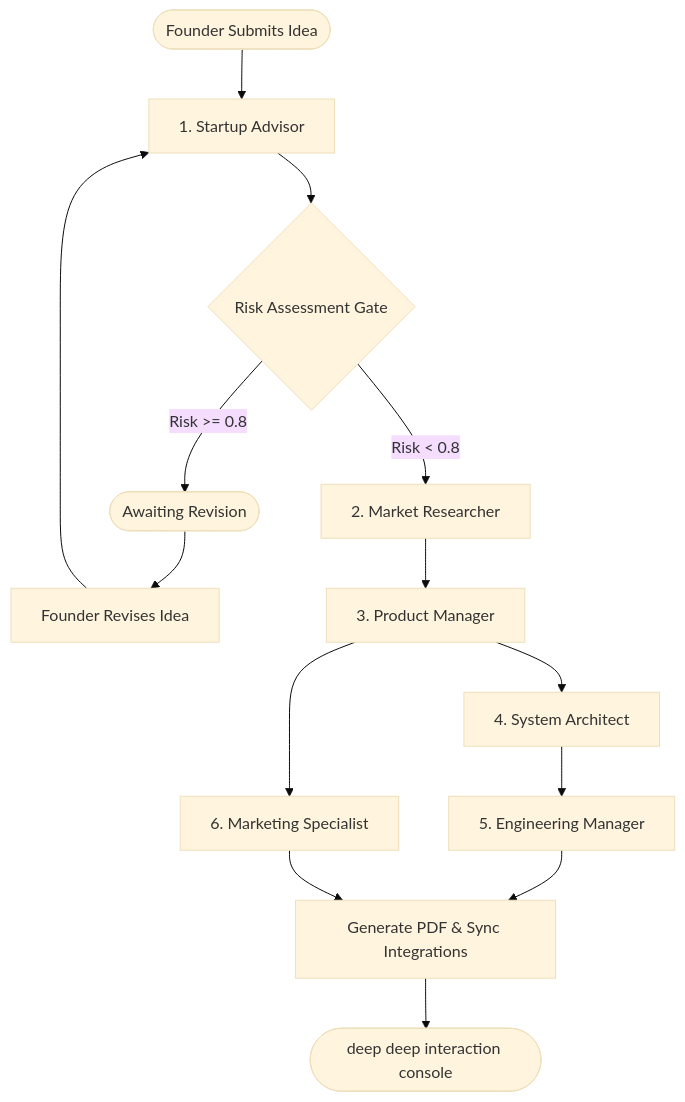
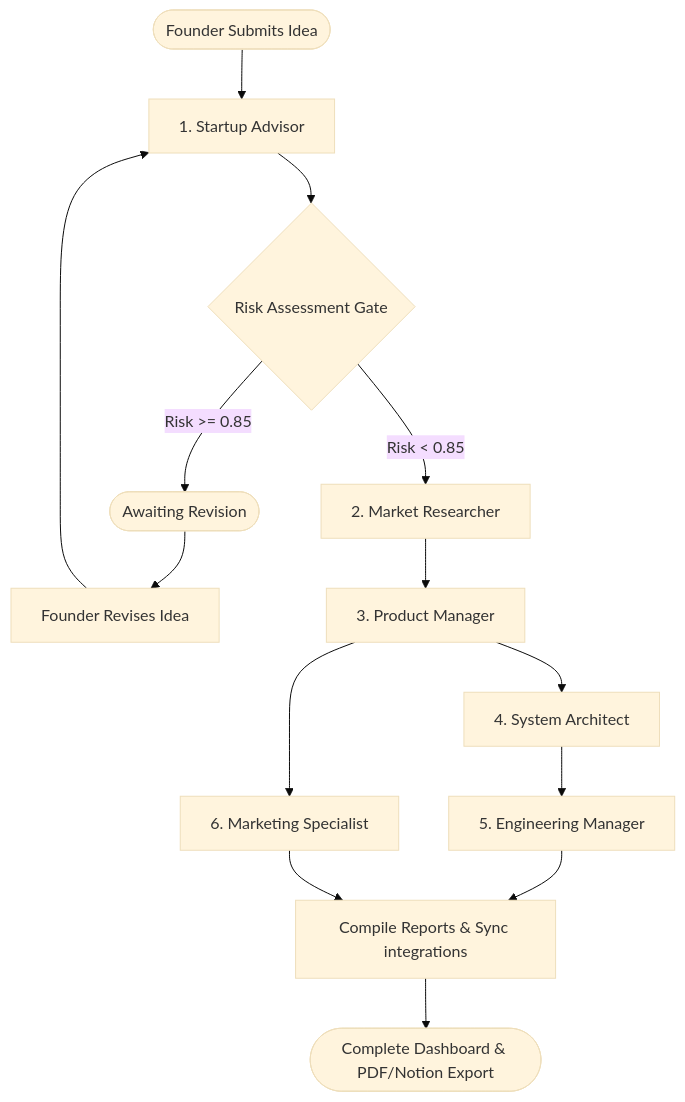
One commit to varun2507027108-oss/blueprint changed the diagram in README.md. Above: the diagram before and after it, drawn with Mermaid (base theme). The commit also changed other lines of this file, not shown here.

````diff
--- a/README.md
+++ b/README.md
@@ -18,23 +18,23 @@
 ```mermaid
 graph TD
     Start([ Founder Submits Idea ]) --> Advisor[1. Startup Advisor]
     Advisor --> Gate{Risk Assessment Gate}
     
-    Gate -- Risk >= 0.8 --> Interrupted([ Awaiting Revision ])
+    Gate -- Risk >= 0.85 --> Interrupted([ Awaiting Revision ])
     Interrupted --> Resume[Founder Revises Idea]
     Resume --> Advisor
     
-    Gate -- Risk < 0.8 --> Researcher[2. Market Researcher]
+    Gate -- Risk < 0.85 --> Researcher[2. Market Researcher]
     Researcher --> PM[3. Product Manager]
     
     %% Parallel Branching
     PM --> Architect[4. System Architect]
     PM --> Marketing[6. Marketing Specialist]
     
     Architect --> EM[5. Engineering Manager]
     
-    EM --> Join[Generate PDF & Sync Integrations]
+    EM --> Join[Compile Reports & Sync integrations]
     Marketing --> Join
     
-    Join --> End([ deep deep interaction console ])
+    Join --> End([ Complete Dashboard & PDF/Notion Export ])
 ```
````
